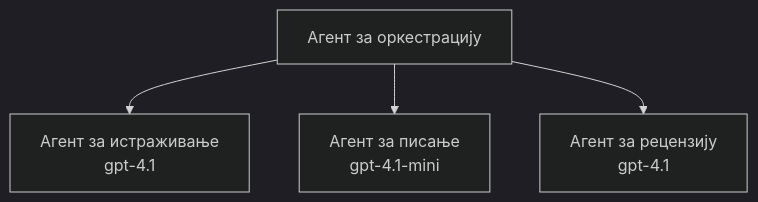
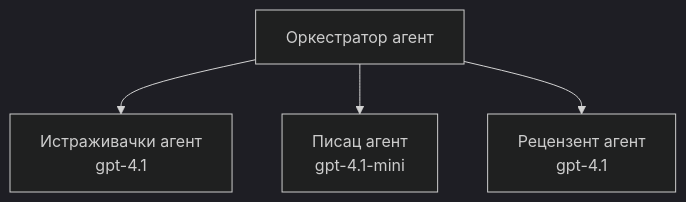
One commit to microsoft/AZD-for-beginners changed the third of 3 diagrams in translations/sr/docs/chapter-02-ai-development/agents.md. Above: the diagram before and after it, drawn with Mermaid (dark theme). The commit also changed other lines of this file and 60 other files, not shown here.

````diff
--- a/translations/sr/docs/chapter-02-ai-development/agents.md
+++ b/translations/sr/docs/chapter-02-ai-development/agents.md
@@ -201,6 +201,6 @@
 ```mermaid
 graph TD
-    Orchestrator[Агент за оркестрацију] --> Research[Агент за истраживање<br/>gpt-4.1]
-    Orchestrator --> Writer[Агент за писање<br/>gpt-4.1-mini]
-    Orchestrator --> Reviewer[Агент за рецензију<br/>gpt-4.1]
+    Orchestrator[Оркестратор агент] --> Research[Истраживачки агент<br/>gpt-4.1]
+    Orchestrator --> Writer[Писац агент<br/>gpt-4.1-mini]
+    Orchestrator --> Reviewer[Рецензент агент<br/>gpt-4.1]
 ```
````
